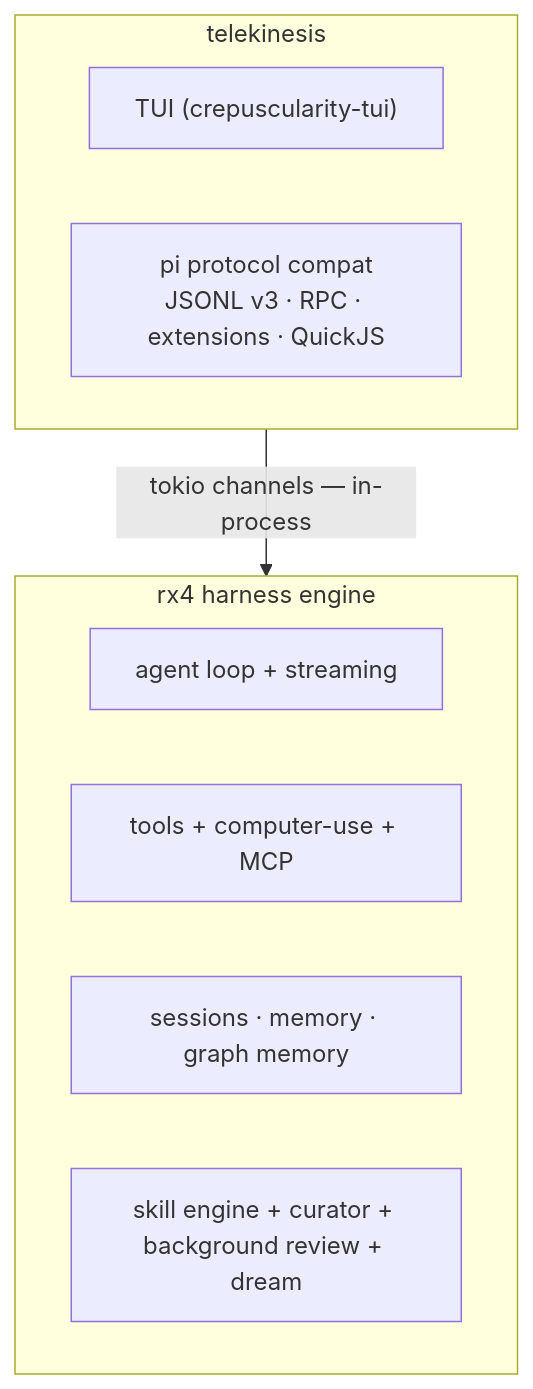
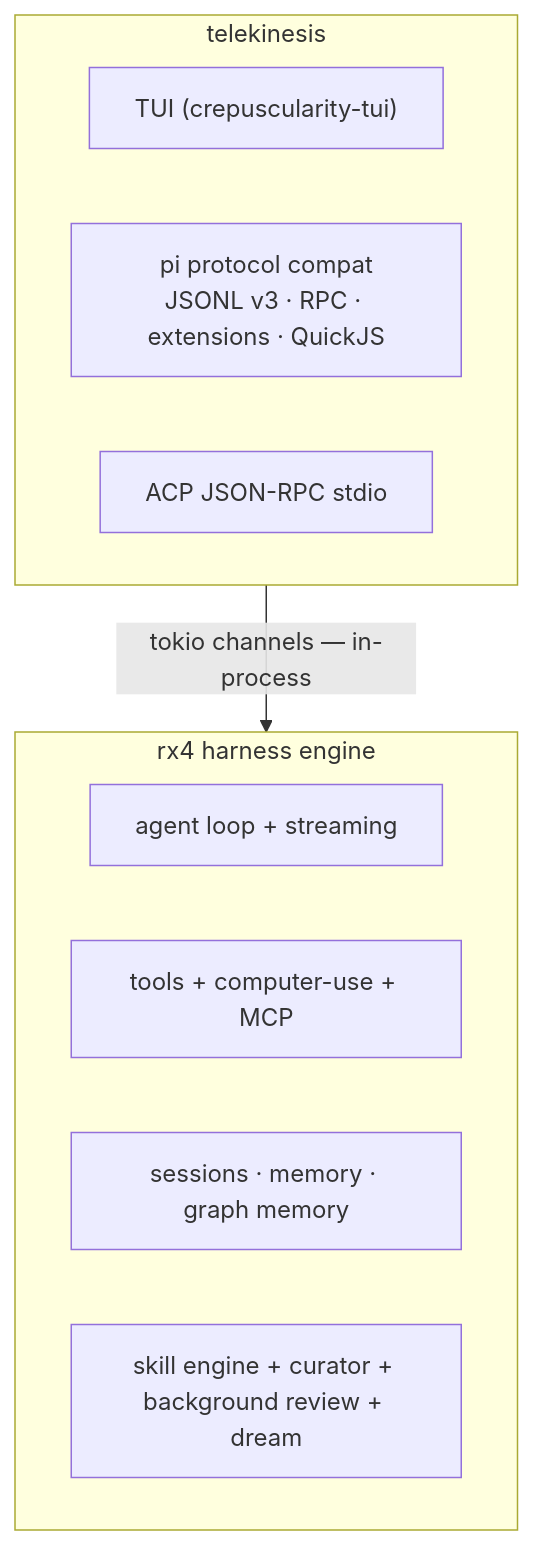
One commit to tschk/telekinesis changed the diagram in docs/ROTARY.md. Above: the diagram before and after it, drawn with Mermaid. The commit also changed other lines of this file and 10 other files, not shown here.

First line of the commit message:
feat(tui): expose ACP JSON-RPC host as tk acp (#26)

````diff
--- a/docs/ROTARY.md
+++ b/docs/ROTARY.md
@@ -9,14 +9,15 @@
 ```mermaid
 flowchart TD
   subgraph TK["telekinesis"]
     TUI["TUI (crepuscularity-tui)"]
     Pi["pi protocol compat<br/>JSONL v3 · RPC · extensions · QuickJS"]
+    Acp["ACP JSON-RPC stdio"]
   end
   TK -->|"tokio channels — in-process"| RX4
   subgraph RX4["rx4 harness engine"]
     Loop["agent loop + streaming"]
     Tools["tools + computer-use + MCP"]
     Sess["sessions · memory · graph memory"]
     Skills["skill engine + curator + background review + dream"]
   end
 ```
````
